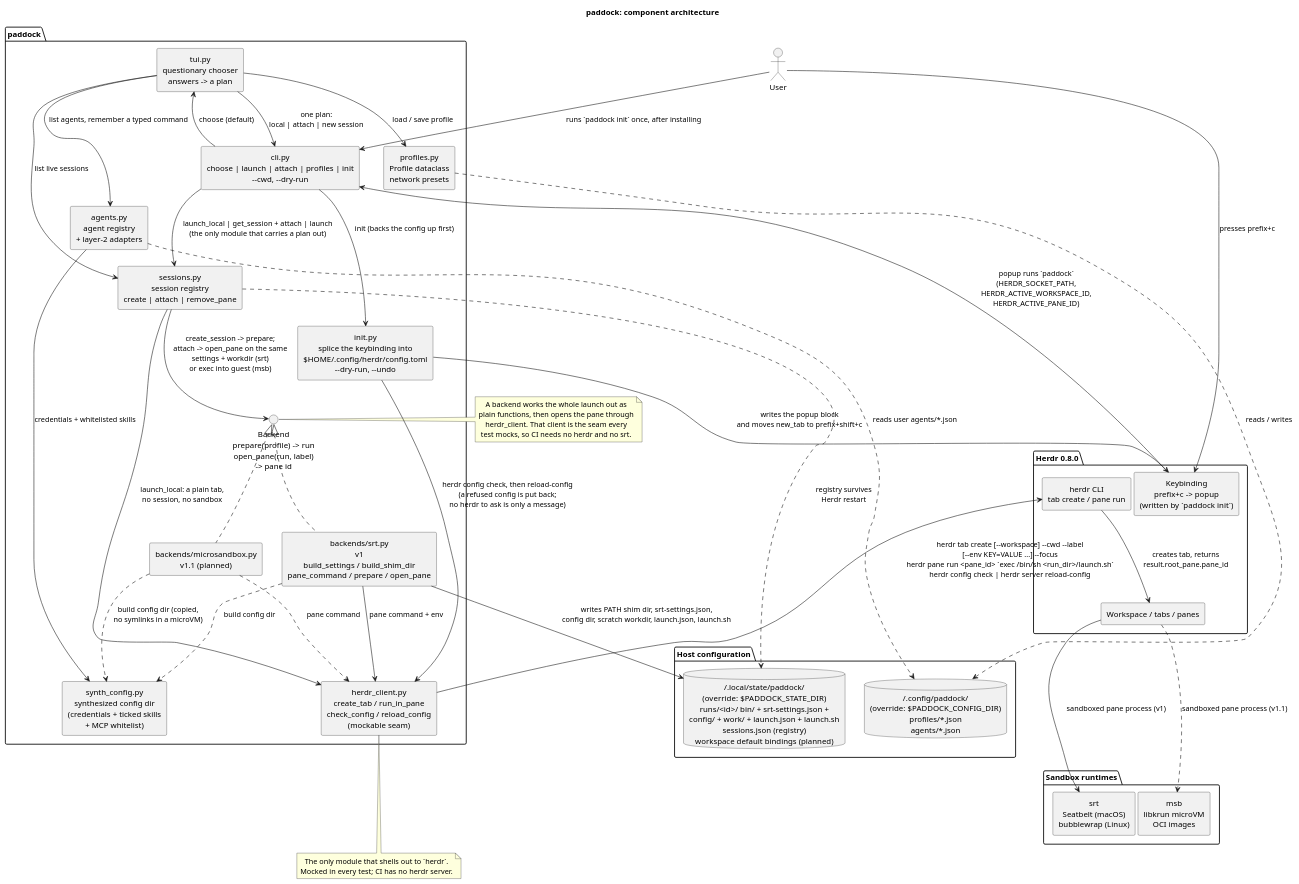
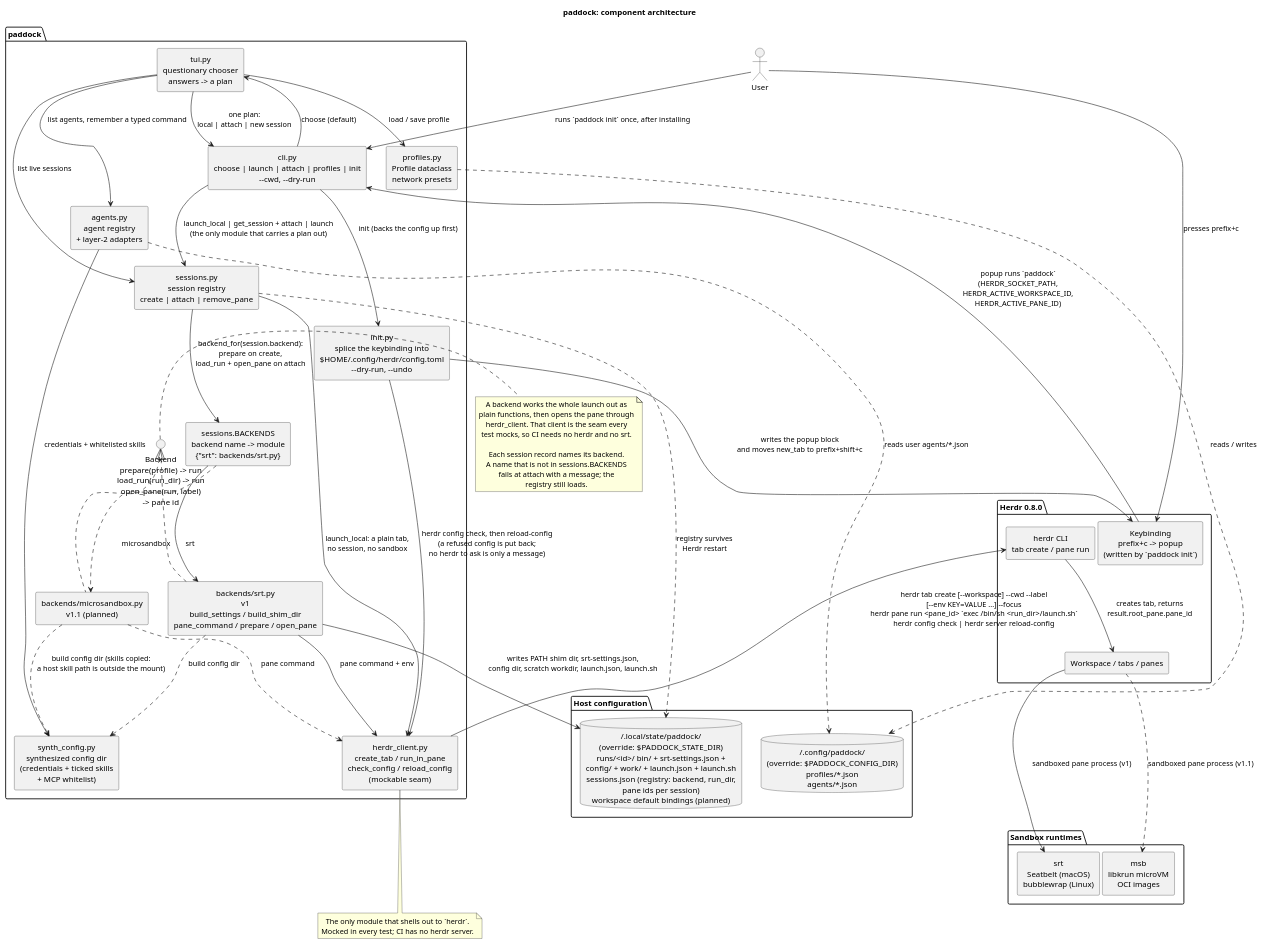
The diagram in docs/diagrams/architecture.puml (paddock-sh/paddock), drawn with PlantUML before and after one commit. The commit also changed 7 other files, not shown here.

```diff
--- a/docs/diagrams/architecture.puml
+++ b/docs/diagrams/architecture.puml
@@ -1,85 +1,93 @@
 @startuml architecture
 title paddock: component architecture
 
 skinparam componentStyle rectangle
 skinparam shadowing false
 skinparam defaultTextAlignment center
 
 actor User
 
 package "Herdr 0.8.0" {
   [Keybinding\nprefix+c -> popup\n(written by `paddock init`)] as Keybinding
   [herdr CLI\ntab create / pane run] as HerdrCLI
   [Workspace / tabs / panes] as HerdrUI
 }
 
 package "paddock" {
   [cli.py\nchoose | launch | attach | profiles | init\n~--cwd, ~--dry-run] as CLI
   [init.py\nsplice the keybinding into\n$HOME/.config/herdr/config.toml\n~--dry-run, ~--undo] as Init
   [tui.py\nquestionary chooser\nanswers -> a plan] as TUI
   [sessions.py\nsession registry\ncreate | attach | remove_pane] as Sessions
   [profiles.py\nProfile dataclass\nnetwork presets] as Profiles
   [agents.py\nagent registry\n+ layer-2 adapters] as Agents
   [synth_config.py\nsynthesized config dir\n(credentials + ticked skills\n+ MCP whitelist)] as SynthConfig
-  interface "Backend\nprepare(profile) -> run\nopen_pane(run, label)\n-> pane id" as BackendAPI
+  interface "Backend\nprepare(profile) -> run\nload_run(run_dir) -> run\nopen_pane(run, label)\n-> pane id" as BackendAPI
+  [sessions.BACKENDS\nbackend name -> module\n{"srt": backends/srt.py}] as BackendRegistry
   [backends/srt.py\nv1\nbuild_settings / build_shim_dir\npane_command / prepare / open_pane] as SrtBackend
   [backends/microsandbox.py\nv1.1 (planned)] as MsbBackend
   [herdr_client.py\ncreate_tab / run_in_pane\ncheck_config / reload_config\n(mockable seam)] as HerdrClient
 }
 
 package "Host configuration" {
   database "~/.config/paddock/\n(override: $PADDOCK_CONFIG_DIR)\nprofiles/*.json\nagents/*.json" as ConfigFiles
-  database "~/.local/state/paddock/\n(override: $PADDOCK_STATE_DIR)\nruns/<id>/ bin/ + srt-settings.json +\nconfig/ + work/ + launch.json + launch.sh\nsessions.json (registry)\nworkspace default bindings (planned)" as RunDir
+  database "~/.local/state/paddock/\n(override: $PADDOCK_STATE_DIR)\nruns/<id>/ bin/ + srt-settings.json +\nconfig/ + work/ + launch.json + launch.sh\nsessions.json (registry: backend, run_dir,\npane ids per session)\nworkspace default bindings (planned)" as RunDir
 }
 
 package "Sandbox runtimes" {
   [srt\nSeatbelt (macOS)\nbubblewrap (Linux)] as Srt
   [msb\nlibkrun microVM\nOCI images] as Msb
 }
 
 User --> CLI : runs `paddock init` once, after installing
 CLI --> Init : init (backs the config up first)
 Init --> Keybinding : writes the popup block\nand moves new_tab to prefix+shift+c
 Init --> HerdrClient : herdr config check, then reload-config\n(a refused config is put back;\nno herdr to ask is only a message)
 User --> Keybinding : presses prefix+c
 Keybinding --> CLI : popup runs `paddock`\n(HERDR_SOCKET_PATH,\nHERDR_ACTIVE_WORKSPACE_ID,\nHERDR_ACTIVE_PANE_ID)
 CLI --> TUI : choose (default)
 TUI --> CLI : one plan:\nlocal | attach | new session
 TUI --> Profiles : load / save profile
 TUI --> Agents : list agents, remember a typed command
 TUI --> Sessions : list live sessions
 Sessions ..> RunDir : registry survives\nHerdr restart
 Profiles ..> ConfigFiles : reads / writes
 Agents ..> ConfigFiles : reads user agents/*.json
 
 CLI --> Sessions : launch_local | get_session + attach | launch\n(the only module that carries a plan out)
 BackendAPI <|.. SrtBackend
 BackendAPI <|.. MsbBackend
 
 SrtBackend --> RunDir : writes PATH shim dir, srt-settings.json,\nconfig dir, scratch workdir, launch.json, launch.sh
-Sessions --> BackendAPI : create_session -> prepare;\nattach -> open_pane on the same\nsettings + workdir (srt)\nor exec into guest (msb)
+Sessions --> BackendRegistry : backend_for(session.backend):\nprepare on create,\nload_run + open_pane on attach
+BackendRegistry --> SrtBackend : "srt"
+BackendRegistry ..> MsbBackend : "microsandbox"
 Sessions --> HerdrClient : launch_local: a plain tab,\nno session, no sandbox
 SrtBackend ..> SynthConfig : build config dir
-MsbBackend ..> SynthConfig : build config dir (copied,\nno symlinks in a microVM)
+MsbBackend ..> SynthConfig : build config dir (skills copied:\na host skill path is outside the mount)
 Agents --> SynthConfig : credentials + whitelisted skills
 
 SrtBackend --> HerdrClient : pane command + env
 MsbBackend ..> HerdrClient : pane command
 HerdrClient --> HerdrCLI : herdr tab create [~--workspace] ~--cwd ~--label\n[~--env KEY=VALUE ...] ~--focus\nherdr pane run <pane_id> `exec /bin/sh <run_dir>/launch.sh`\nherdr config check | herdr server reload-config
 HerdrCLI --> HerdrUI : creates tab, returns\nresult.root_pane.pane_id
 HerdrUI --> Srt : sandboxed pane process (v1)
 HerdrUI ..> Msb : sandboxed pane process (v1.1)
 
 note right of BackendAPI
   A backend works the whole launch out as
   plain functions, then opens the pane through
   herdr_client. That client is the seam every
   test mocks, so CI needs no herdr and no srt.
+
+  Each session record names its backend.
+  A name that is not in sessions.BACKENDS
+  fails at attach with a message; the
+  registry still loads.
 end note
 
 note bottom of HerdrClient
   The only module that shells out to `herdr`.
   Mocked in every test; CI has no herdr server.
 end note
 
 @enduml
```
